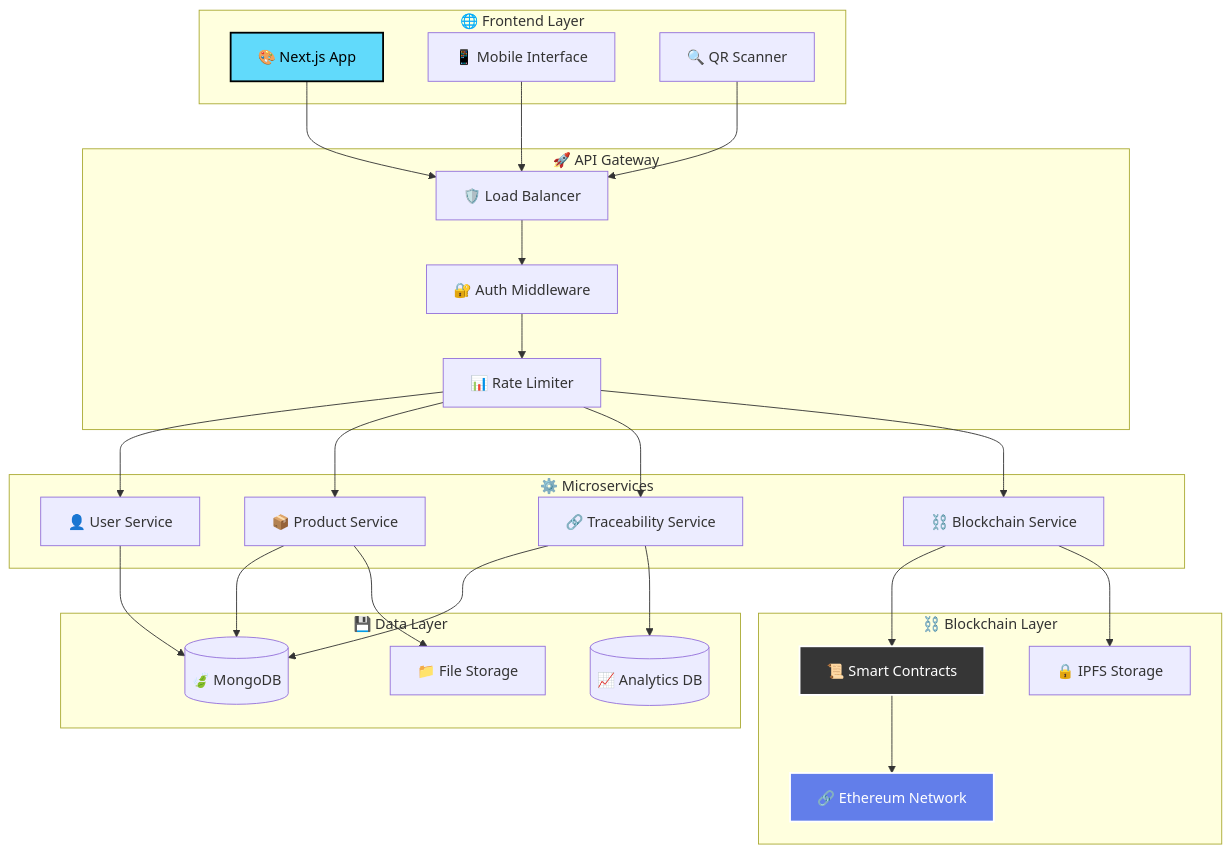
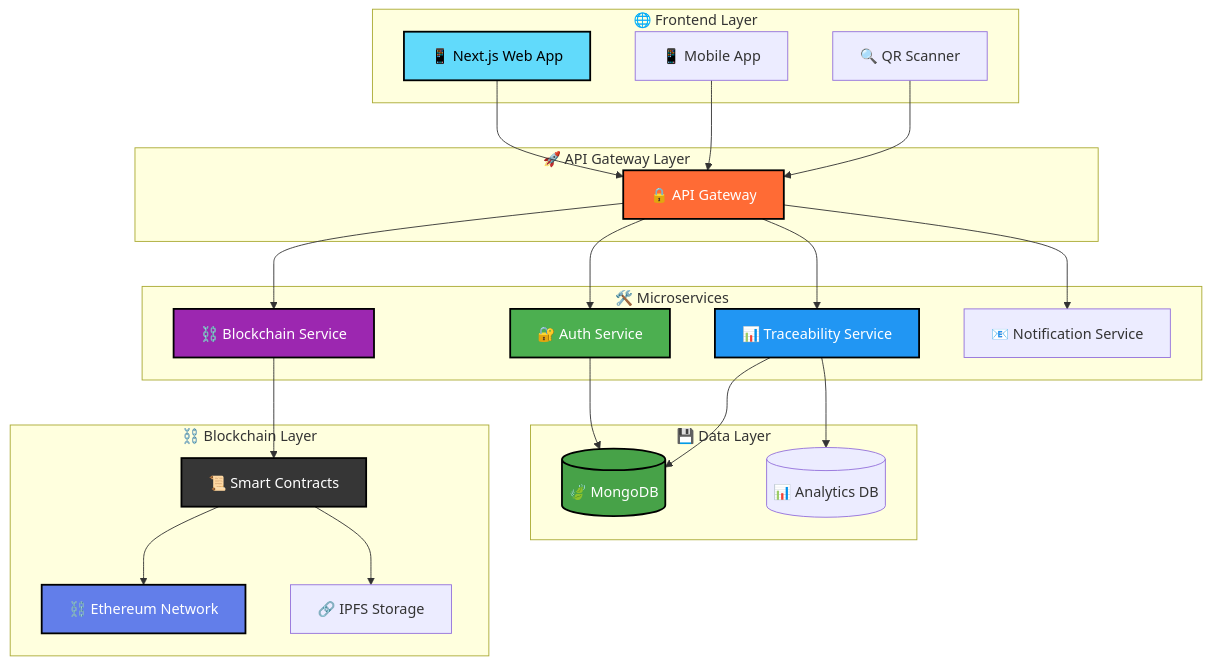
One commit to zh13uu/a changed the diagram in README.md. Above: the diagram before and after it, drawn with Mermaid. The commit also changed other lines of this file, not shown here.

````diff
--- a/README.md
+++ b/README.md
@@ -103,56 +175,54 @@
 ```mermaid
 graph TB
     subgraph "🌐 Frontend Layer"
-        A[🎨 Next.js App]
-        B[📱 Mobile Interface]
-        C[🔍 QR Scanner]
+        A[📱 Next.js Web App]
+        I[📱 Mobile App]
+        J[🔍 QR Scanner]
     end
     
-    subgraph "🚀 API Gateway"
-        D[🛡️ Load Balancer]
-        E[🔐 Auth Middleware]
-        F[📊 Rate Limiter]
+    subgraph "🚀 API Gateway Layer"
+        B[🔒 API Gateway]
     end
     
-    subgraph "⚙️ Microservices"
-        G[👤 User Service]
-        H[📦 Product Service]
-        I[🔗 Traceability Service]
-        J[⛓️ Blockchain Service]
+    subgraph "🛠️ Microservices"
+        C[🔐 Auth Service]
+        D[📊 Traceability Service]
+        E[⛓️ Blockchain Service]
+        K[📧 Notification Service]
     end
     
     subgraph "💾 Data Layer"
-        K[(🍃 MongoDB)]
-        L[(📈 Analytics DB)]
-        M[📁 File Storage]
+        F[(🍃 MongoDB)]
+        L[(📊 Analytics DB)]
     end
     
     subgraph "⛓️ Blockchain Layer"
-        N[📜 Smart Contracts]
-        O[🔗 Ethereum Network]
-        P[🔒 IPFS Storage]
+        G[📜 Smart Contracts]
+        H[⛓️ Ethereum Network]
+        M[🔗 IPFS Storage]
     end
     
-    A --> D
+    A --> B
+    I --> B
+    J --> B
+    B --> C
     B --> D
-    C --> D
-    D --> E
-    E --> F
-    F --> G
-    F --> H
-    F --> I
-    F --> J
+    B --> E
+    B --> K
     
-    G --> K
-    H --> K
-    I --> K
-    J --> N
-    N --> O
-    I --> L
-    H --> M
-    J --> P
+    C --> F
+    D --> F
+    D --> L
+    E --> G
+    G --> H
+    G --> M
     
     style A fill:#61DAFB,stroke:#000,stroke-width:2px,color:#000
-    style N fill:#363636,stroke:#fff,stroke-width:2px,color:#fff
-    style O fill:#627EEA,stroke:#fff,stroke-width:2px,color:#fff
+    style B fill:#FF6B35,stroke:#000,stroke-width:2px,color:#fff
+    style C fill:#4CAF50,stroke:#000,stroke-width:2px,color:#fff
+    style D fill:#2196F3,stroke:#000,stroke-width:2px,color:#fff
+    style E fill:#9C27B0,stroke:#000,stroke-width:2px,color:#fff
+    style F fill:#47A248,stroke:#000,stroke-width:2px,color:#fff
+    style G fill:#363636,stroke:#000,stroke-width:2px,color:#fff
+    style H fill:#627EEA,stroke:#000,stroke-width:2px,color:#fff
 ```
````
